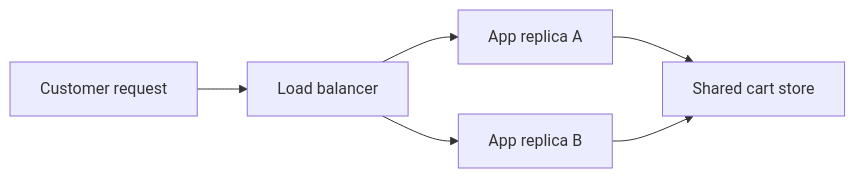
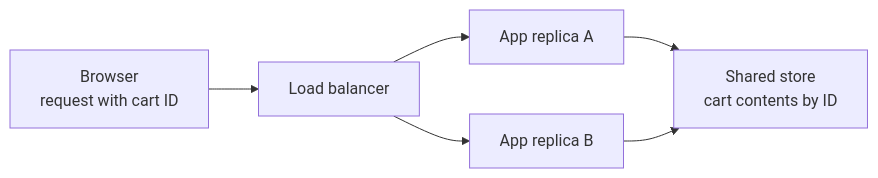
The diagram in knowledge/cloud/aws/architecture/stateful-vs-stateless.md (David-A18/MY-humble-knowledge-for-everyone), drawn with Mermaid before and after one commit. The commit also changed other lines of this file and 5 other files, not shown here.

Commit message:
Clarify stateful cart handoff and shared-store write limits

````diff
--- a/knowledge/cloud/aws/architecture/stateful-vs-stateless.md
+++ b/knowledge/cloud/aws/architecture/stateful-vs-stateless.md
@@ -45,8 +54,8 @@
 ```mermaid
 flowchart LR
-  customer["Customer request"] --> balancer["Load balancer"]
+  customer["Browser<br/>request with cart ID"] --> balancer["Load balancer"]
   balancer --> a["App replica A"]
   balancer --> b["App replica B"]
-  a --> store["Shared cart store"]
+  a --> store["Shared store<br/>cart contents by ID"]
   b --> store
 ```
````
